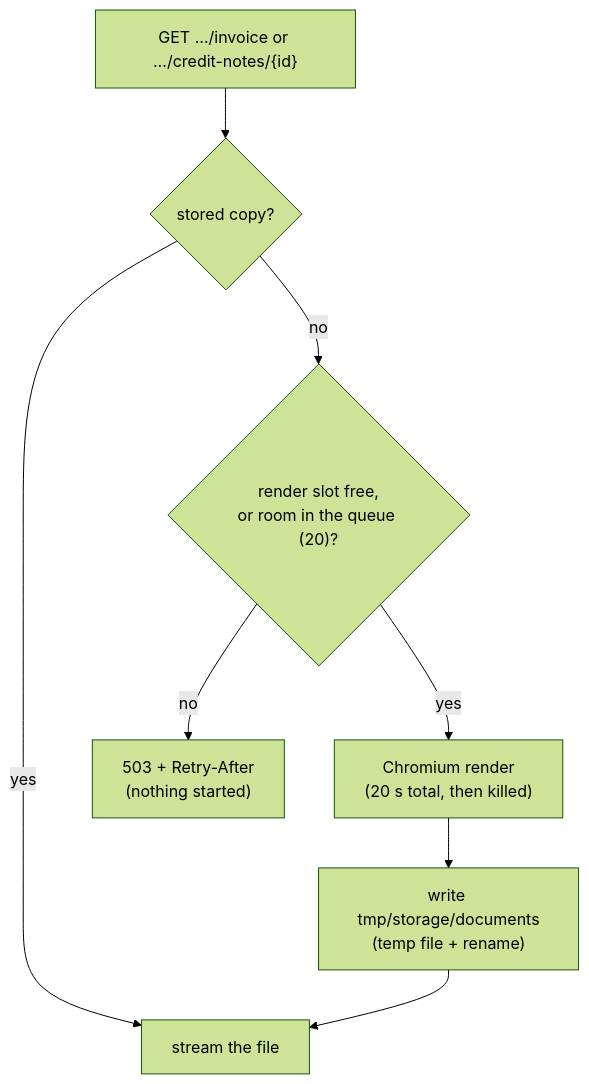
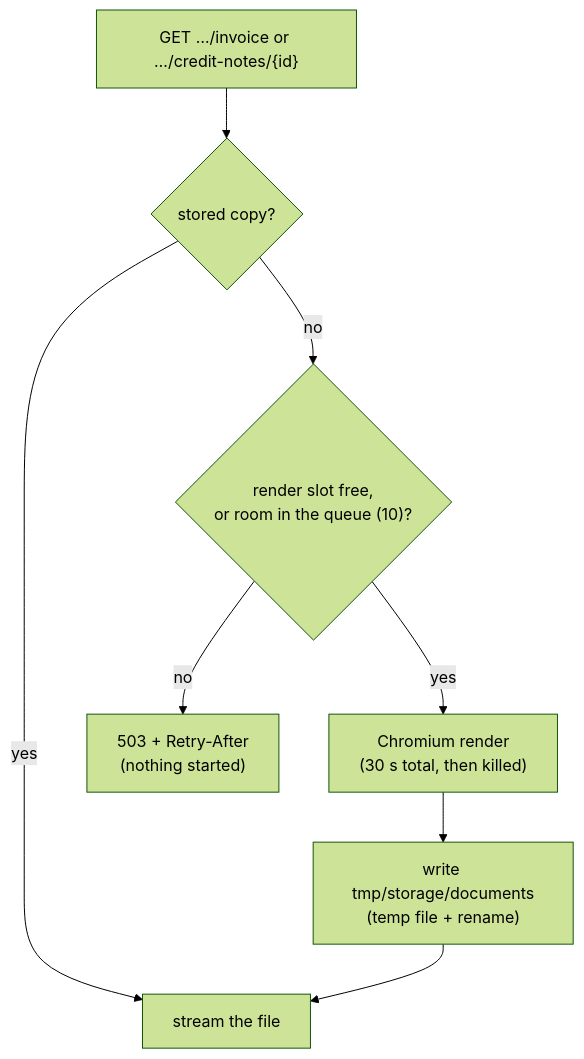
The third of 4 diagrams in docs/modules/invoicing.md (Guebbit/boilerplate-node-backend), drawn with Mermaid (forest theme) before and after one commit. The commit also changed other lines of this file and 10 other files, not shown here.

````diff
--- a/docs/modules/invoicing.md
+++ b/docs/modules/invoicing.md
@@ -178,10 +178,10 @@
 ```mermaid
 flowchart TD
     D["GET …/invoice or …/credit-notes/{id}"] --> S{"stored copy?"}
     S -- "yes" --> R["stream the file"]
-    S -- "no" --> Q{"render slot free,<br/>or room in the queue (20)?"}
+    S -- "no" --> Q{"render slot free,<br/>or room in the queue (10)?"}
     Q -- "no" --> B["503 + Retry-After<br/>(nothing started)"]
-    Q -- "yes" --> C["Chromium render<br/>(20 s total, then killed)"]
+    Q -- "yes" --> C["Chromium render<br/>(30 s total, then killed)"]
     C --> W["write tmp/storage/documents<br/>(temp file + rename)"]
     W --> R
 ```
````
